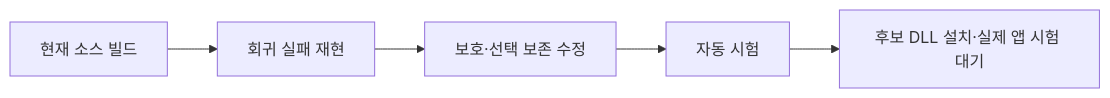
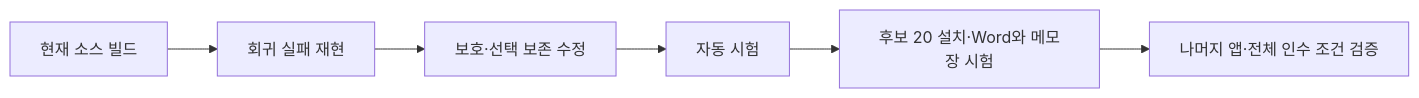
One commit to peterkimpmp/hanautomata changed the first of 2 diagrams in docs/WINDOWS-QUALITY-RESULTS.md. Above: the diagram before and after it, drawn with Mermaid. The commit also changed other lines of this file and 1 other file, not shown here.

````diff
--- a/docs/WINDOWS-QUALITY-RESULTS.md
+++ b/docs/WINDOWS-QUALITY-RESULTS.md
@@ -22,7 +22,8 @@
 ```mermaid
 flowchart LR
   A[현재 소스 빌드] --> B[회귀 실패 재현]
   B --> C[보호·선택 보존 수정]
   C --> D[자동 시험]
-  D --> E[후보 DLL 설치·실제 앱 시험 대기]
+  D --> E[후보 20 설치·Word와 메모장 시험]
+  E --> F[나머지 앱·전체 인수 조건 검증]
 ```
````
